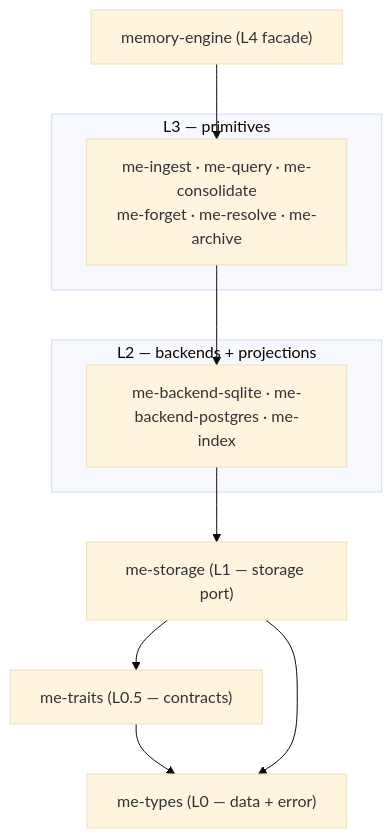
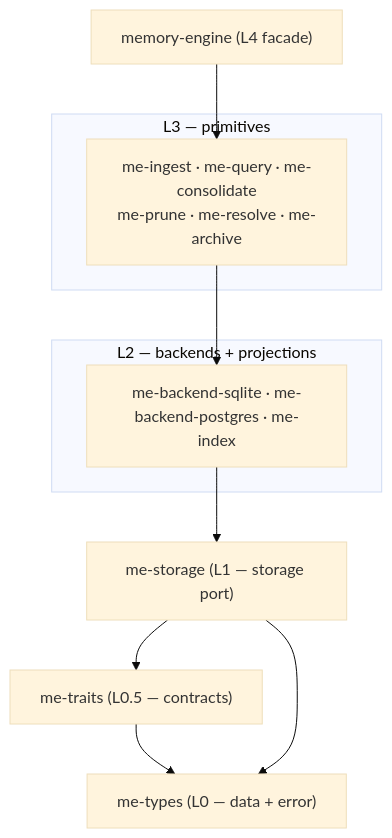
Before and after one commit to dutiona/memory-engine: the second of 2 diagrams in docs/design/architecture-overview.md, drawn with Mermaid (base theme). The commit also changed other lines of this file and 103 other files, not shown here.

````diff
--- a/docs/design/architecture-overview.md
+++ b/docs/design/architecture-overview.md
@@ -142,20 +142,20 @@
 ```{mermaid}
 graph TD
     facade["memory-engine (L4 facade)"]
     subgraph L3["L3 — primitives"]
-        prims["me-ingest · me-query · me-consolidate<br/>me-forget · me-resolve · me-archive"]
+        prims["me-ingest · me-query · me-consolidate<br/>me-prune · me-resolve · me-archive"]
     end
     subgraph L2["L2 — backends + projections"]
         backends["me-backend-sqlite · me-backend-postgres · me-index"]
     end
     storage["me-storage (L1 — storage port)"]
     traits["me-traits (L0.5 — contracts)"]
     types["me-types (L0 — data + error)"]
 
     facade --> prims
     prims --> backends
     backends --> storage
     storage --> traits
     traits --> types
     storage --> types
 ```
````
